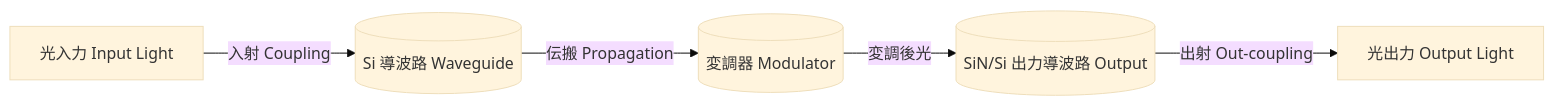
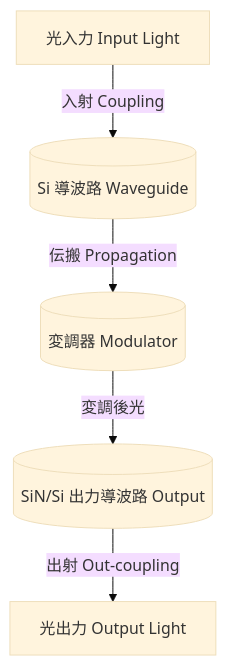
The second of 2 diagrams in applied-devices/photonics-devices/README.md (Samizo-AITL/Edusemi-Plus), drawn with Mermaid (base theme) before and after one commit.

````diff
--- a/applied-devices/photonics-devices/README.md
+++ b/applied-devices/photonics-devices/README.md
@@ -56,7 +56,7 @@
 ```mermaid
-flowchart LR
+flowchart TD
   A[光入力 Input Light] -->|入射 Coupling| B[(Si 導波路 Waveguide)]
   B -->|伝搬 Propagation| C[(変調器 Modulator)]
   C -->|変調後光| D[(SiN/Si 出力導波路 Output)]
   D -->|出射 Out-coupling| E[光出力 Output Light]
 ```
````
